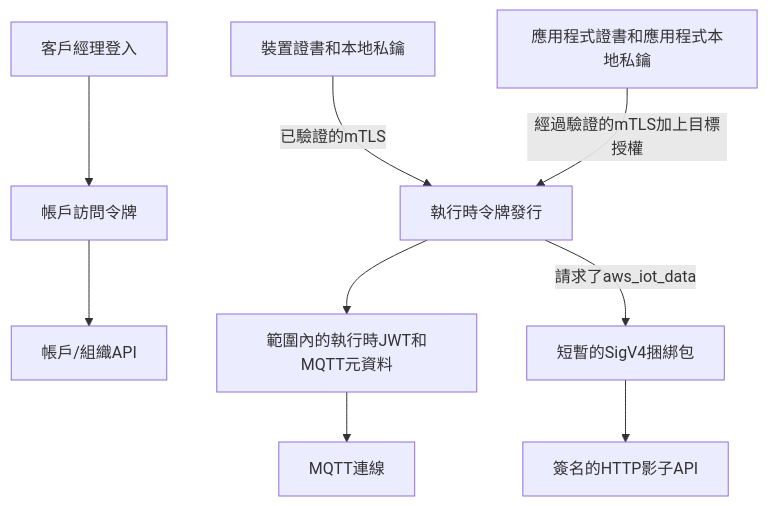
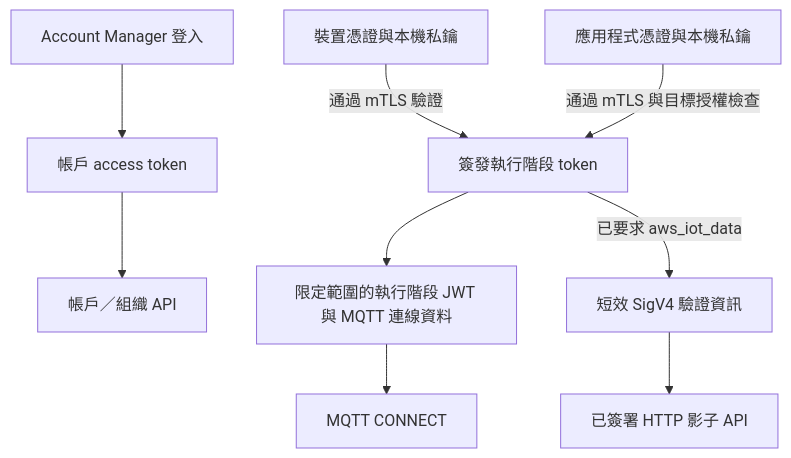
One commit to hkt999rtk/rtk_cloud_admin changed the diagram in web/content/developer-docs/assets/credential-uses.zh-TW.mmd. Above: the diagram before and after it, drawn with Mermaid. The commit also changed 178 other files, not shown here.

```diff
--- a/web/content/developer-docs/assets/credential-uses.zh-TW.mmd
+++ b/web/content/developer-docs/assets/credential-uses.zh-TW.mmd
@@ -1,9 +1,9 @@
 flowchart TB
-    Login["客戶經理登入"] --> AccountToken["帳戶訪問令牌"]
-    AccountToken --> AccountAPI["帳戶/組織API"]
-    DeviceKey["裝置證書和本地私鑰"] -->|"已驗證的mTLS"| Issue["執行時令牌發行"]
-    AppKey["應用程式證書和應用程式本地私鑰"] -->|"經過驗證的mTLS加上目標授權"| Issue
-    Issue --> JWT["範圍內的執行時JWT和MQTT元資料"]
-    JWT --> Broker["MQTT連線"]
-    Issue -->|"請求了aws_iot_data"| Bundle["短暫的SigV4捆綁包"]
-    Bundle --> Shadow["簽名的HTTP影子API"]
+    Login["Account Manager 登入"] --> AccountToken["帳戶 access token"]
+    AccountToken --> AccountAPI["帳戶／組織 API"]
+    DeviceKey["裝置憑證與本機私鑰"] -->|"通過 mTLS 驗證"| Issue["簽發執行階段 token"]
+    AppKey["應用程式憑證與本機私鑰"] -->|"通過 mTLS 與目標授權檢查"| Issue
+    Issue --> JWT["限定範圍的執行階段 JWT 與 MQTT 連線資料"]
+    JWT --> Broker["MQTT CONNECT"]
+    Issue -->|"已要求 aws_iot_data"| Bundle["短效 SigV4 驗證資訊"]
+    Bundle --> Shadow["已簽署 HTTP 影子 API"]
```
